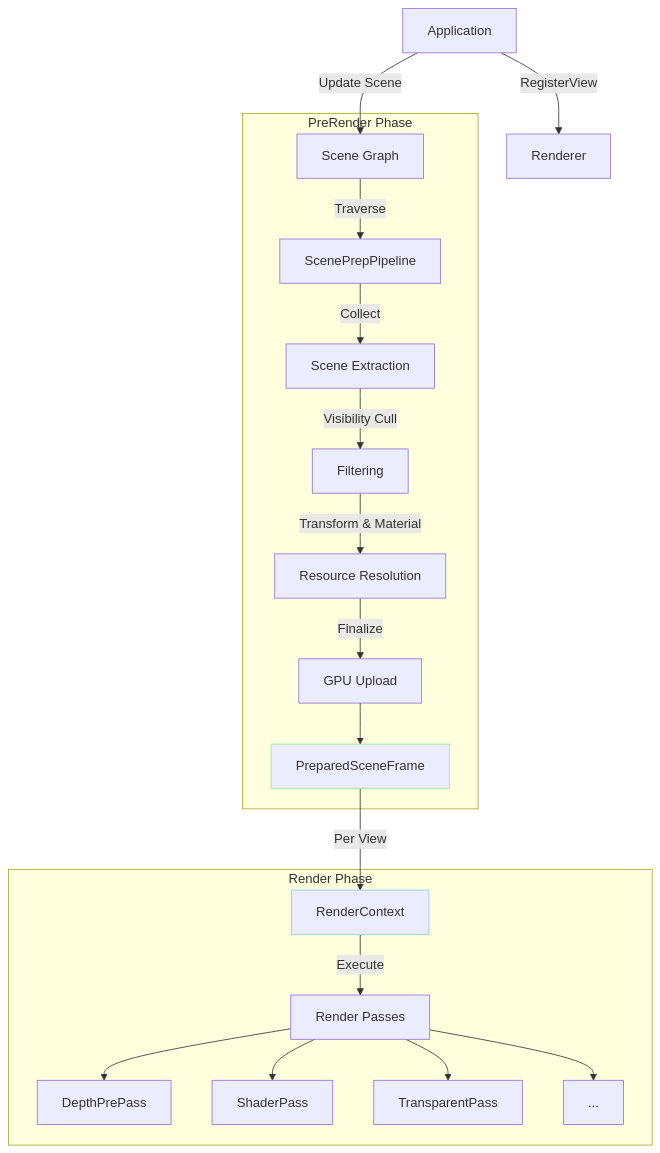
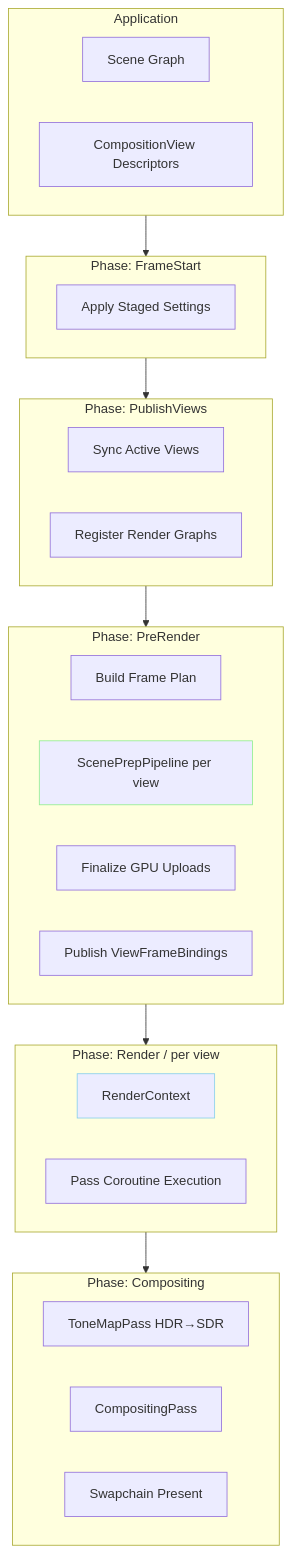
The first of 7 diagrams in projects/Oxygen.Engine/src/Oxygen/Renderer/Docs/passes/data_flow.md (abdes/DroidNet), drawn with Mermaid before and after one commit. The commit also changed other lines of this file and 1 other file, not shown here.

Commit message:
docs(rndr): update and enhance the renderer top-level design docs

````diff
--- a/projects/Oxygen.Engine/src/Oxygen/Renderer/Docs/passes/data_flow.md
+++ b/projects/Oxygen.Engine/src/Oxygen/Renderer/Docs/passes/data_flow.md
@@ -18,26 +15,43 @@
 ```mermaid
-graph TB
-    App[Application] --> |RegisterView| Renderer
-    App --> |Update Scene| Scene[Scene Graph]
-
-    subgraph PreRender Phase
-        Scene --> |Traverse| ScenePrep[ScenePrepPipeline]
-        ScenePrep --> |Collect| Extract[Scene Extraction]
-        Extract --> |Visibility Cull| Filter[Filtering]
-        Filter --> |Transform & Material| Resolve[Resource Resolution]
-        Resolve --> |Finalize| Upload[GPU Upload]
-        Upload --> PrepFrame[PreparedSceneFrame]
+flowchart TB
+    subgraph App [Application]
+        Scene[Scene Graph]
+        CompView[CompositionView Descriptors]
     end
 
-    subgraph Render Phase
-        PrepFrame --> |Per View| RenderCtx[RenderContext]
-        RenderCtx --> |Execute| Passes[Render Passes]
-        Passes --> DepthPre[DepthPrePass]
-        Passes --> Shader[ShaderPass]
-        Passes --> Transparent[TransparentPass]
-        Passes --> OtherPasses[...]
+    subgraph FrameStart [Phase: FrameStart]
+        ApplySettings[Apply Staged Settings]
     end
 
-    style PrepFrame stroke:#90EE90
-    style RenderCtx stroke:#87CEEB
+    subgraph PublishViews [Phase: PublishViews]
+        Sync[Sync Active Views]
+        Register[Register Render Graphs]
+    end
+
+    subgraph PreRender [Phase: PreRender]
+        FramePlan[Build Frame Plan]
+        ScenePrep[ScenePrepPipeline per view]
+        Finalize[Finalize GPU Uploads]
+        BindPub[Publish ViewFrameBindings]
+    end
+
+    subgraph Render [Phase: Render / per view]
+        RC[RenderContext]
+        Passes[Pass Coroutine Execution]
+    end
+
+    subgraph Compositing [Phase: Compositing]
+        ToneMap[ToneMapPass HDR→SDR]
+        CompPass[CompositingPass]
+        Final[Swapchain Present]
+    end
+
+    App --> FrameStart
+    FrameStart --> PublishViews
+    PublishViews --> PreRender
+    PreRender --> Render
+    Render --> Compositing
+
+    style ScenePrep stroke:#90EE90
+    style RC stroke:#87CEEB
 ```
````
